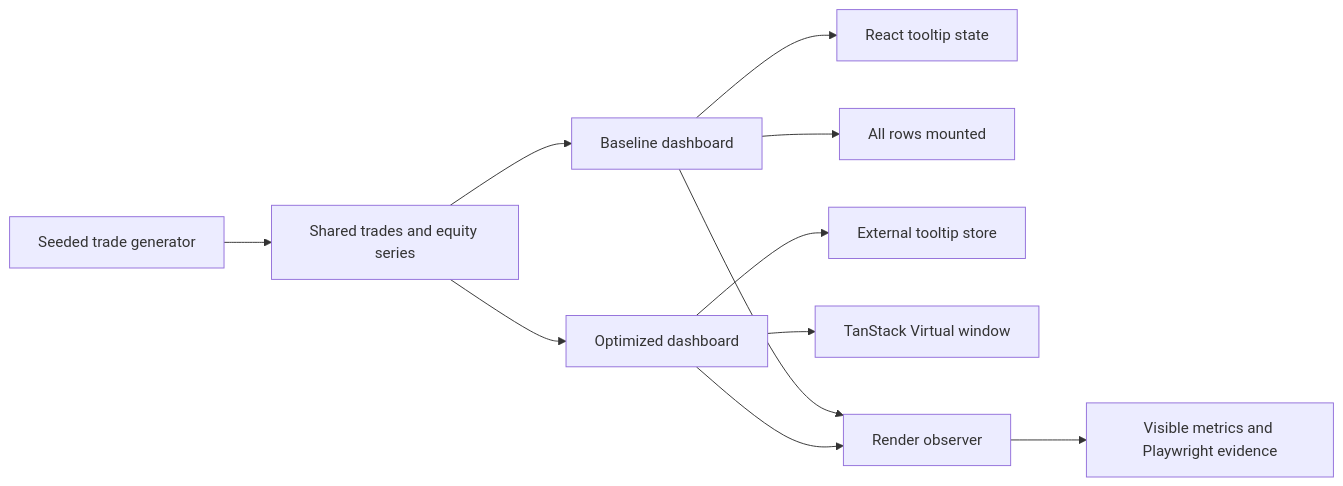
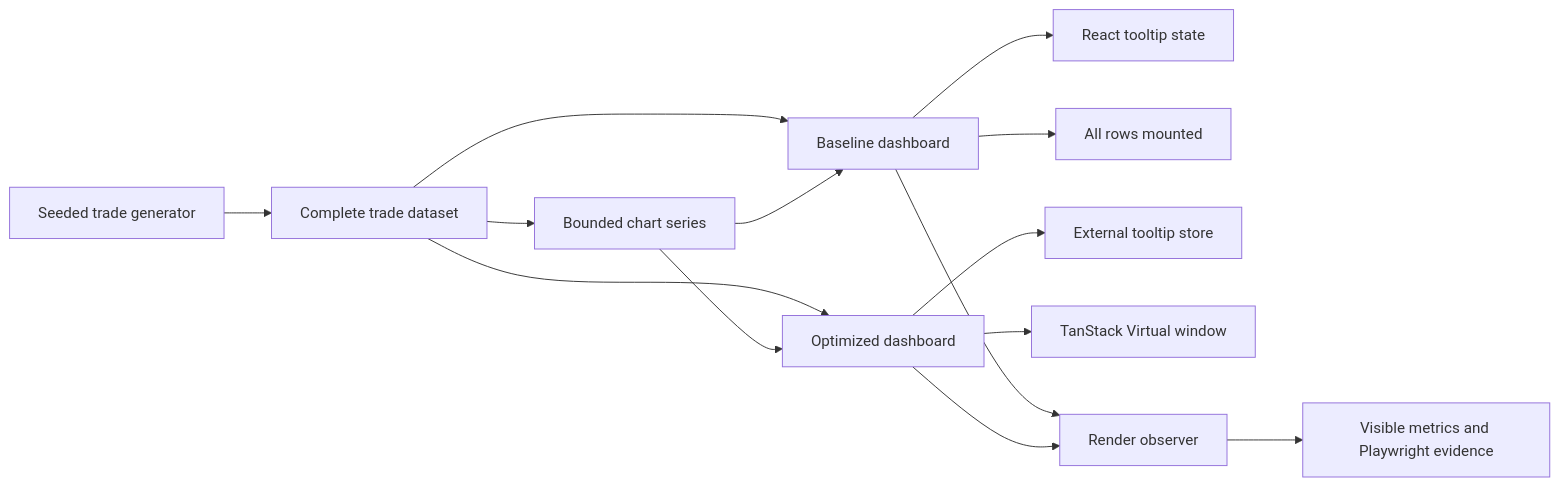
The diagram in README.md (RinatGumarov/frontend-performance-lab), drawn with Mermaid before and after one commit. The commit also changed other lines of this file and 22 other files, not shown here.

````diff
--- a/README.md
+++ b/README.md
@@ -38,13 +38,16 @@
 ```mermaid
 flowchart LR
-  A["Seeded trade generator"] --> B["Shared trades and equity series"]
-  B --> C["Baseline dashboard"]
-  B --> D["Optimized dashboard"]
-  C --> E["React tooltip state"]
-  C --> F["All rows mounted"]
-  D --> G["External tooltip store"]
-  D --> H["TanStack Virtual window"]
-  C --> I["Render observer"]
-  D --> I
-  I --> J["Visible metrics and Playwright evidence"]
+  A["Seeded trade generator"] --> B["Complete trade dataset"]
+  B --> C["Bounded chart series"]
+  B --> D["Baseline dashboard"]
+  B --> E["Optimized dashboard"]
+  C --> D
+  C --> E
+  D --> F["React tooltip state"]
+  D --> G["All rows mounted"]
+  E --> H["External tooltip store"]
+  E --> I["TanStack Virtual window"]
+  D --> J["Render observer"]
+  E --> J
+  J --> K["Visible metrics and Playwright evidence"]
 ```
````
